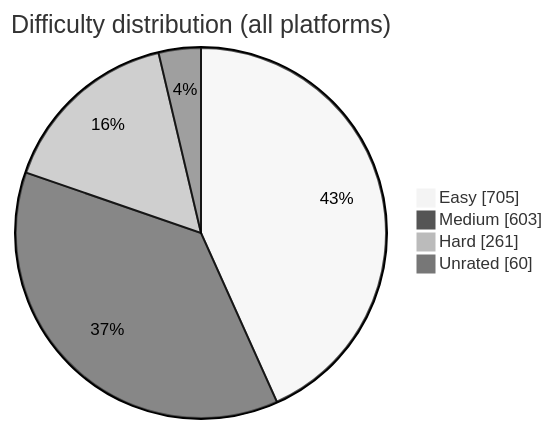
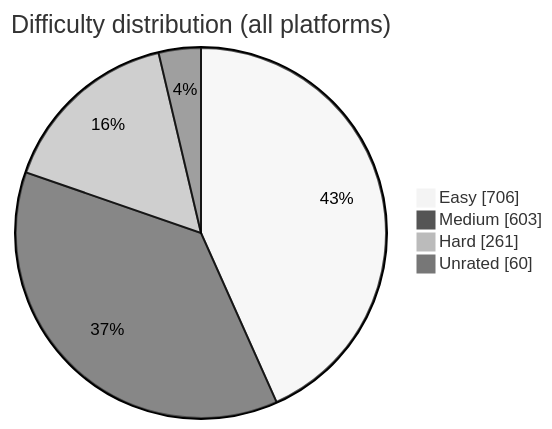
Before and after one commit to BuildbyArindam/Daily-Coding-Log: the diagram in README.md, drawn with Mermaid (neutral theme). The commit also changed other lines of this file, not shown here.

````diff
--- a/README.md
+++ b/README.md
@@ -93,7 +93,7 @@
 ```mermaid
 pie showData title Difficulty distribution (all platforms)
-    "Easy" : 705
+    "Easy" : 706
     "Medium" : 603
     "Hard" : 261
     "Unrated" : 60
 ```
````
